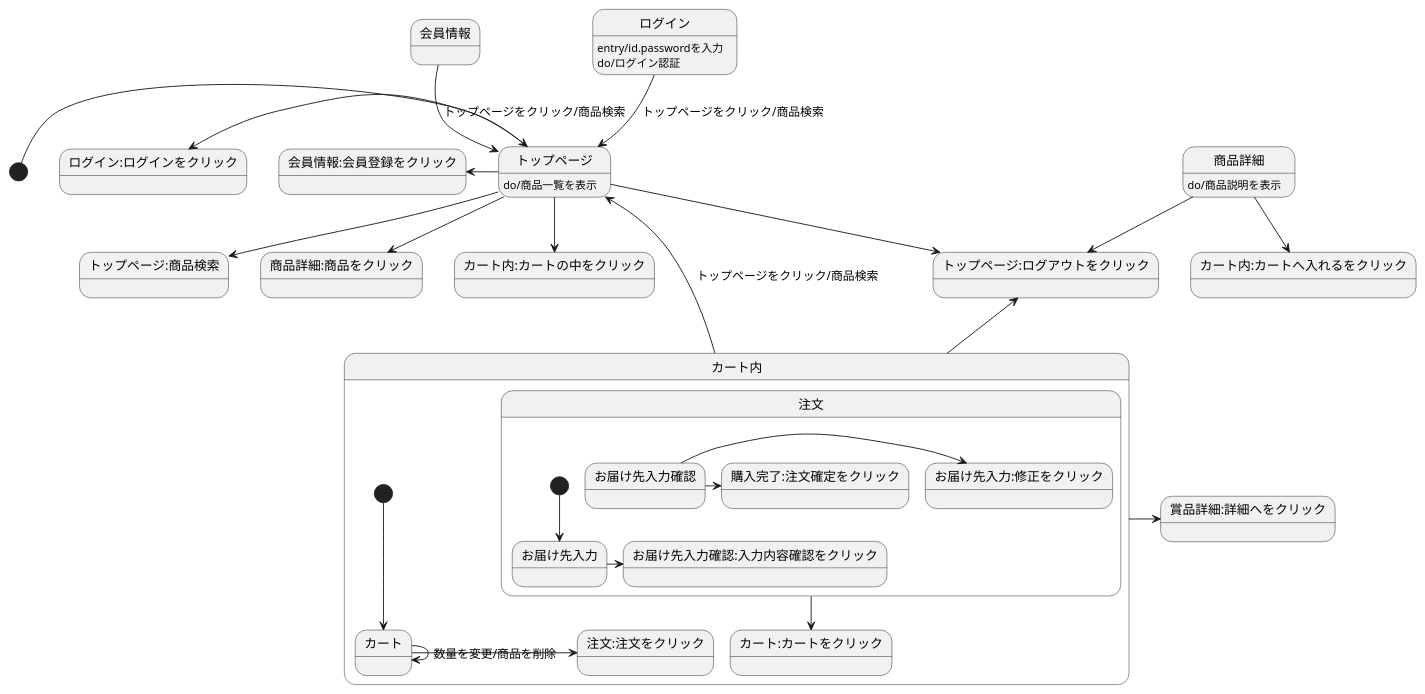
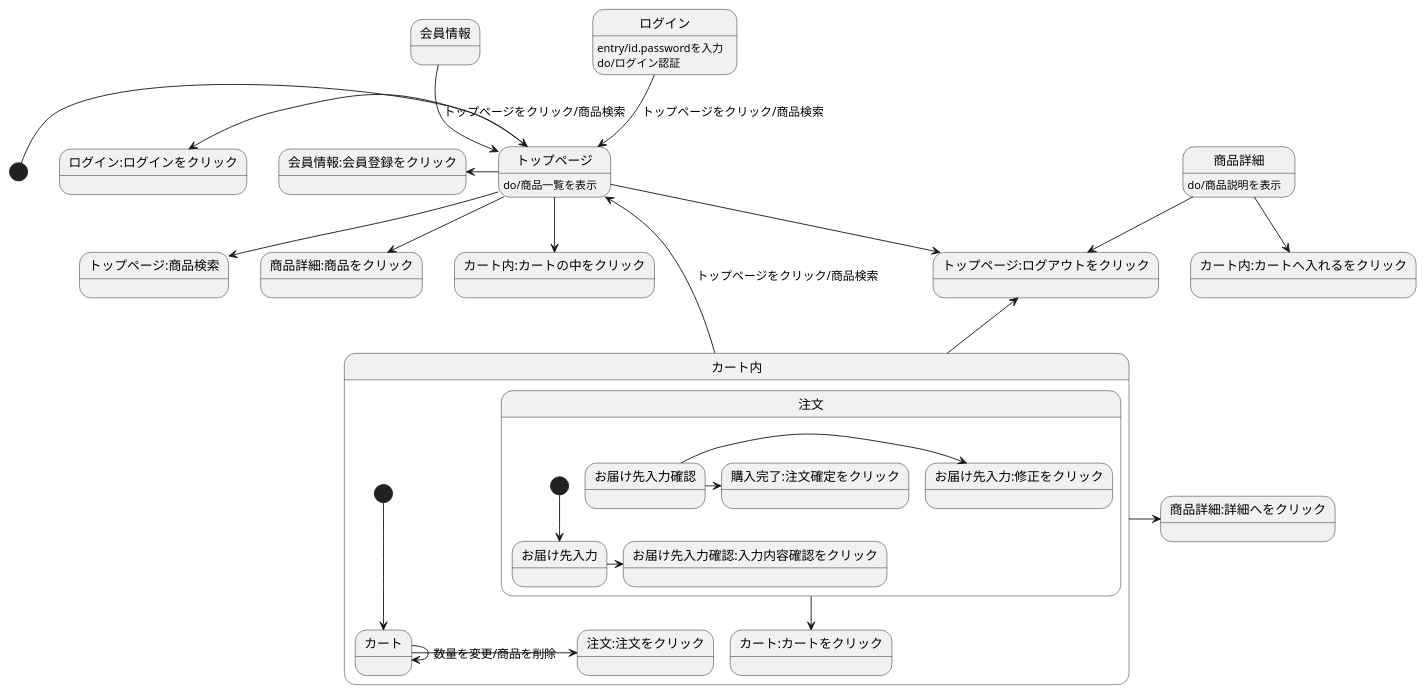
The diagram in gamenheni.md (Aso2001011/2021sys-design), drawn with PlantUML before and after one commit.

````diff
--- a/gamenheni.md
+++ b/gamenheni.md
@@ -1,36 +1,36 @@
 ```uml
 @startuml
 [*] ->トップページ
 会員情報 --> トップページ:トップページをクリック/商品検索
 ログイン --> トップページ:トップページをクリック/商品検索
 ログイン:entry/id.passwordを入力
 ログイン:do/ログイン認証
 トップページ --> トップページ:ログアウトをクリック
 トップページ --> トップページ:商品検索
 トップページ --> 商品詳細:商品をクリック
 トップページ -left-> 会員情報:会員登録をクリック
 トップページ -left-> ログイン:ログインをクリック
 トップページ  --> カート内:カートの中をクリック
 トップページ:do/商品一覧を表示
 商品詳細 --> カート内:カートへ入れるをクリック
 商品詳細 --> トップページ:ログアウトをクリック
 商品詳細:do/商品説明を表示
 カート内 -up-> トップページ:トップページをクリック/商品検索
 カート内 -up-> トップページ:ログアウトをクリック
-カート内 -> 賞品詳細:詳細へをクリック
+カート内 -> 商品詳細:詳細へをクリック
 
 state カート内{
   [*] --> カート
   カート -> 注文:注文をクリック
   カート -> カート:数量を変更/商品を削除
   注文 --> カート:カートをクリック
   state 注文 {
     [*] --> お届け先入力
     お届け先入力 -> お届け先入力確認:入力内容確認をクリック
     お届け先入力確認 -> お届け先入力:修正をクリック
     お届け先入力確認 -> 購入完了:注文確定をクリック
   }
 }
 
 @enduml
 ```
````
